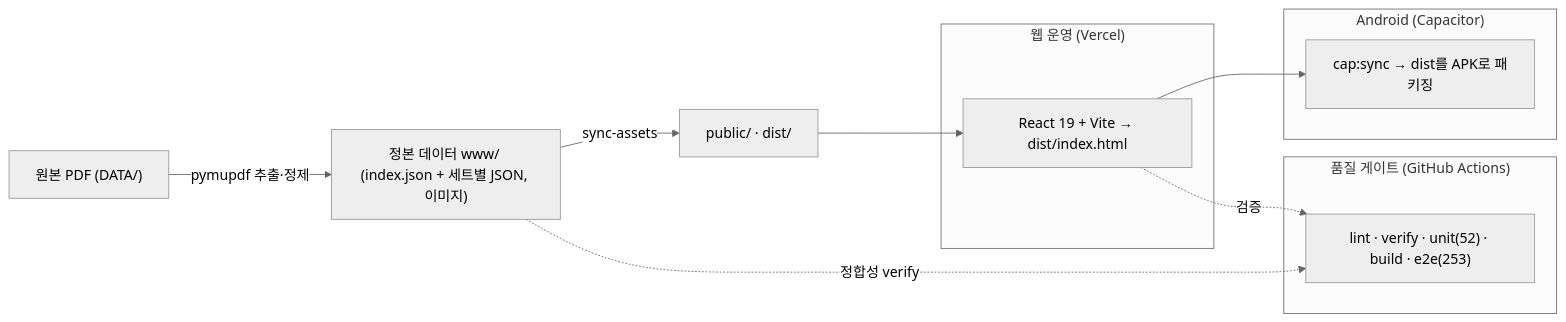
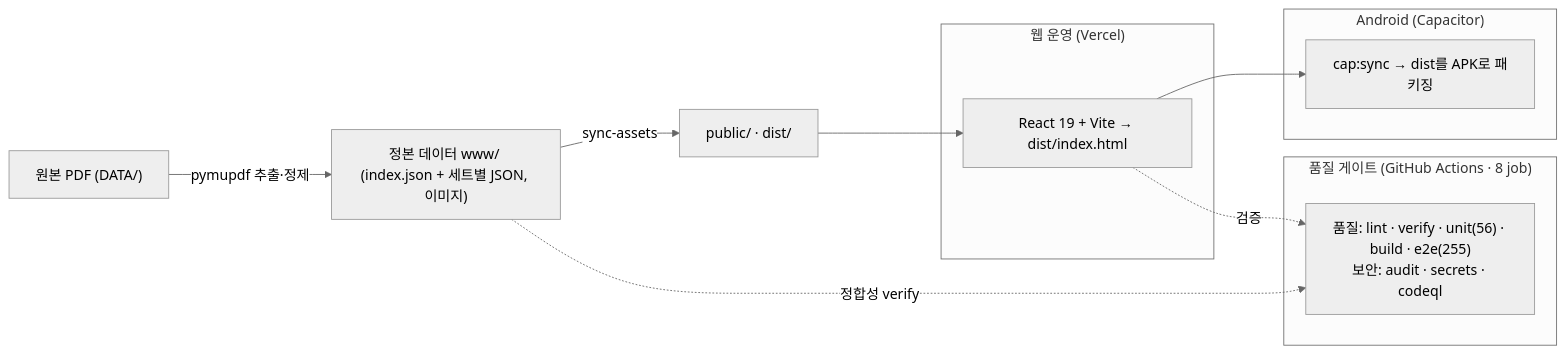
Before and after one commit to WindowHyun/ISTQB: the diagram in README.md, drawn with Mermaid (neutral theme). The commit also changed other lines of this file and 2 other files, not shown here.

First line of the commit message:
docs: 최근 변경 반영해 문서 최신화(테스트 수·CI 8-job·번들·safeStorage)

````diff
--- a/README.md
+++ b/README.md
@@ -166,20 +174,20 @@
 ```mermaid
 flowchart LR
   PDF["원본 PDF (DATA/)"] -->|pymupdf 추출·정제| SRC["정본 데이터 www/ (index.json + 세트별 JSON, 이미지)"]
   SRC -->|sync-assets| PUB["public/ · dist/"]
 
   subgraph 웹_운영["웹 운영 (Vercel)"]
     REACT["React 19 + Vite → dist/index.html"]
   end
   subgraph APK["Android (Capacitor)"]
     CAP["cap:sync → dist를 APK로 패키징"]
   end
   PUB --> REACT
   REACT --> CAP
 
-  subgraph 품질["품질 게이트 (GitHub Actions)"]
-    CI["lint · verify · unit(52) · build · e2e(253)"]
+  subgraph 품질["품질 게이트 (GitHub Actions · 8 job)"]
+    CI["품질: lint · verify · unit(56) · build · e2e(255)<br/>보안: audit · secrets · codeql"]
   end
   REACT -.검증.-> CI
   SRC -.정합성 verify.-> CI
 ```
````
